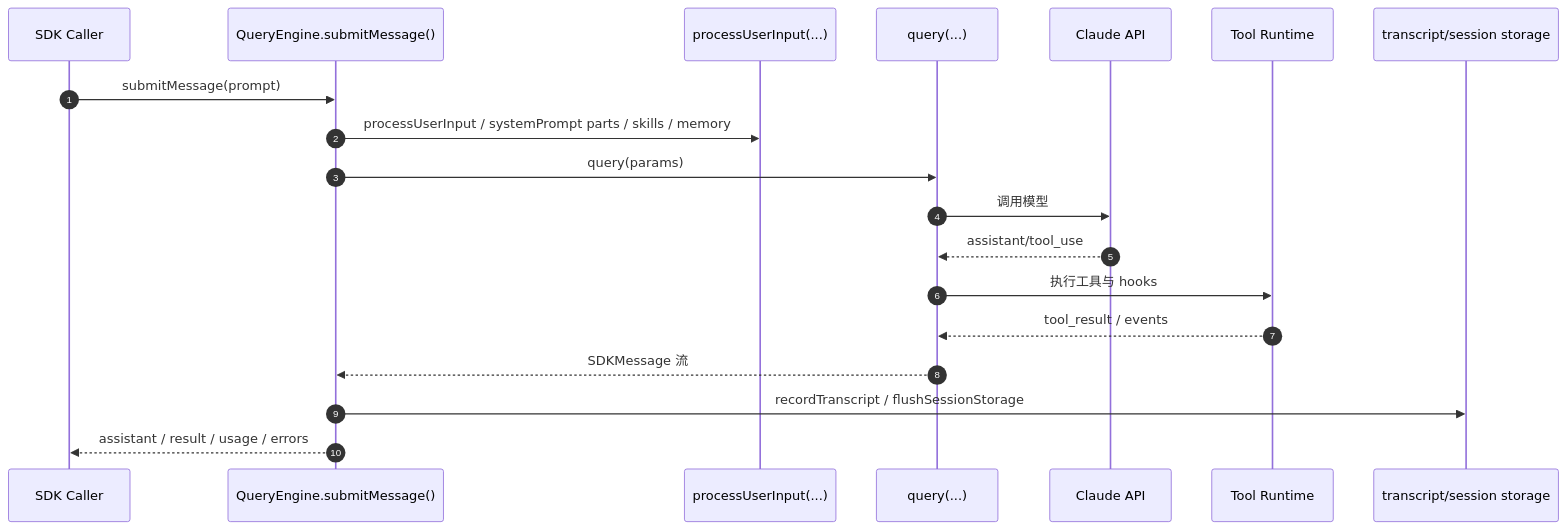
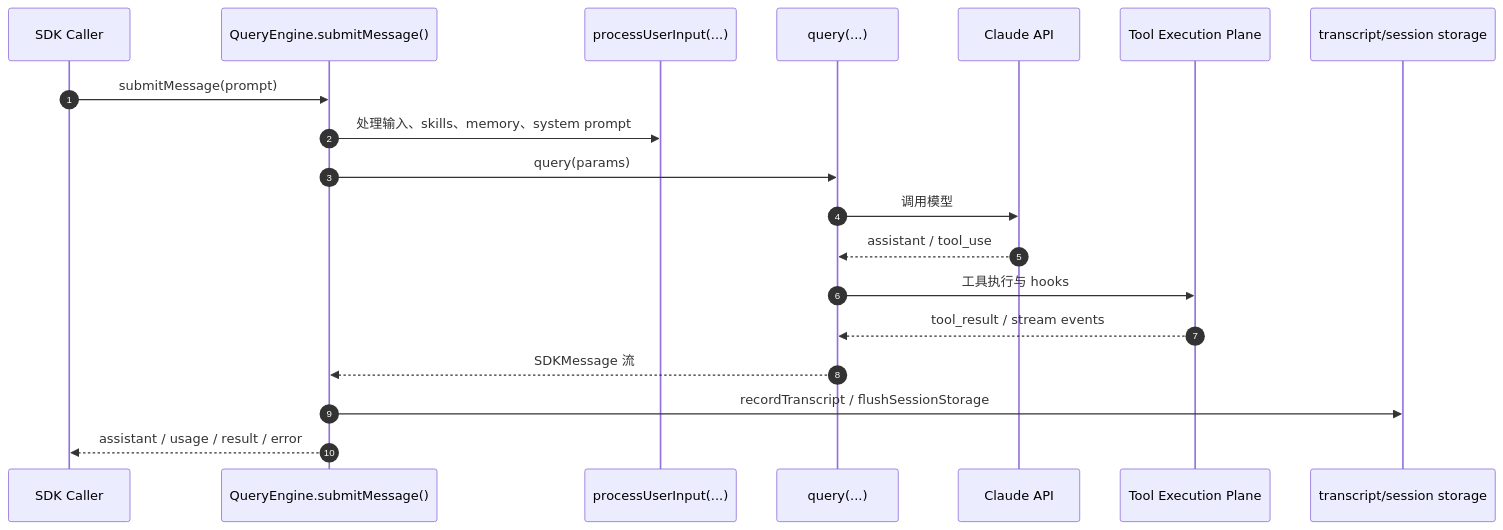
Before and after one commit to AICCer1/claude-code-analysis: the second of 5 diagrams in docs/07-main-loop-sequence-and-call-chains.md, drawn with Mermaid. The commit also changed other lines of this file and 8 other files, not shown here.

Commit message:
Rewrite core documents in a formal architecture-review style

````diff
--- a/docs/07-main-loop-sequence-and-call-chains.md
+++ b/docs/07-main-loop-sequence-and-call-chains.md
@@ -80,22 +61,22 @@
 ```mermaid
 sequenceDiagram
     autonumber
     participant Caller as SDK Caller
     participant Engine as QueryEngine.submitMessage()
     participant Input as processUserInput(...)
     participant Query as query(...)
     participant Model as Claude API
-    participant Tools as Tool Runtime
+    participant ToolExec as Tool Execution Plane
     participant Store as transcript/session storage
 
     Caller->>Engine: submitMessage(prompt)
-    Engine->>Input: processUserInput / systemPrompt parts / skills / memory
+    Engine->>Input: 处理输入、skills、memory、system prompt
     Engine->>Query: query(params)
     Query->>Model: 调用模型
-    Model-->>Query: assistant/tool_use
-    Query->>Tools: 执行工具与 hooks
-    Tools-->>Query: tool_result / events
+    Model-->>Query: assistant / tool_use
+    Query->>ToolExec: 工具执行与 hooks
+    ToolExec-->>Query: tool_result / stream events
     Query-->>Engine: SDKMessage 流
     Engine->>Store: recordTranscript / flushSessionStorage
-    Engine-->>Caller: assistant / result / usage / errors
+    Engine-->>Caller: assistant / usage / result / error
 ```
````
